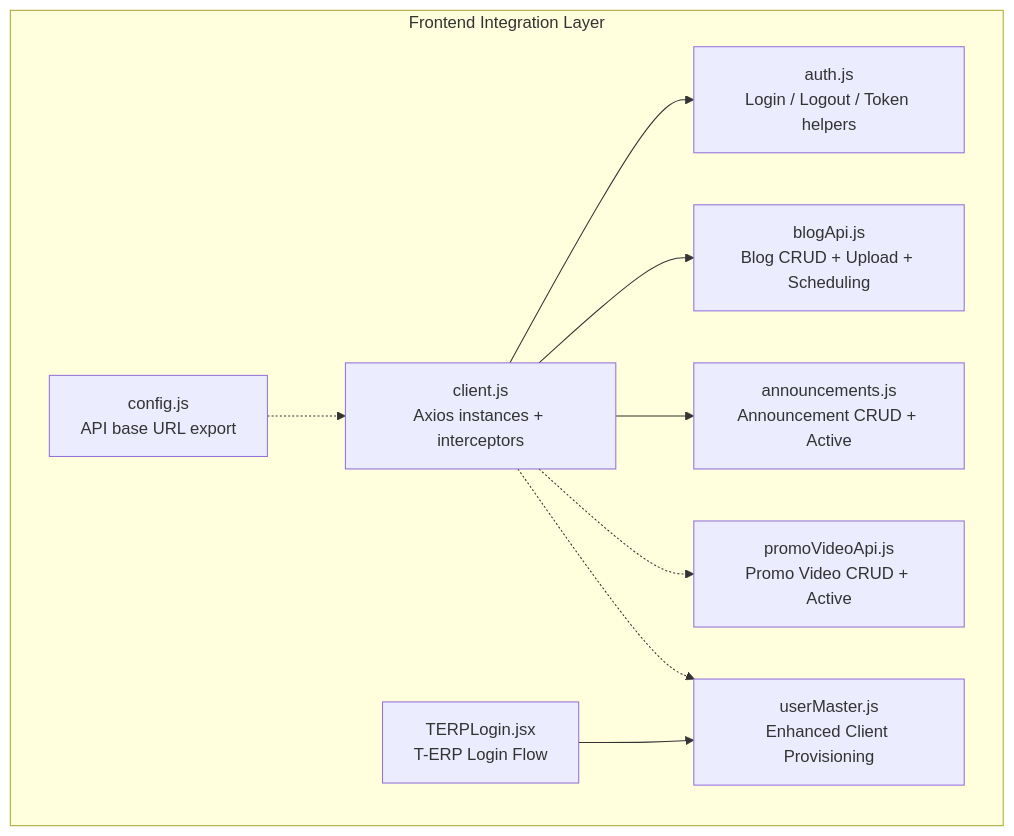
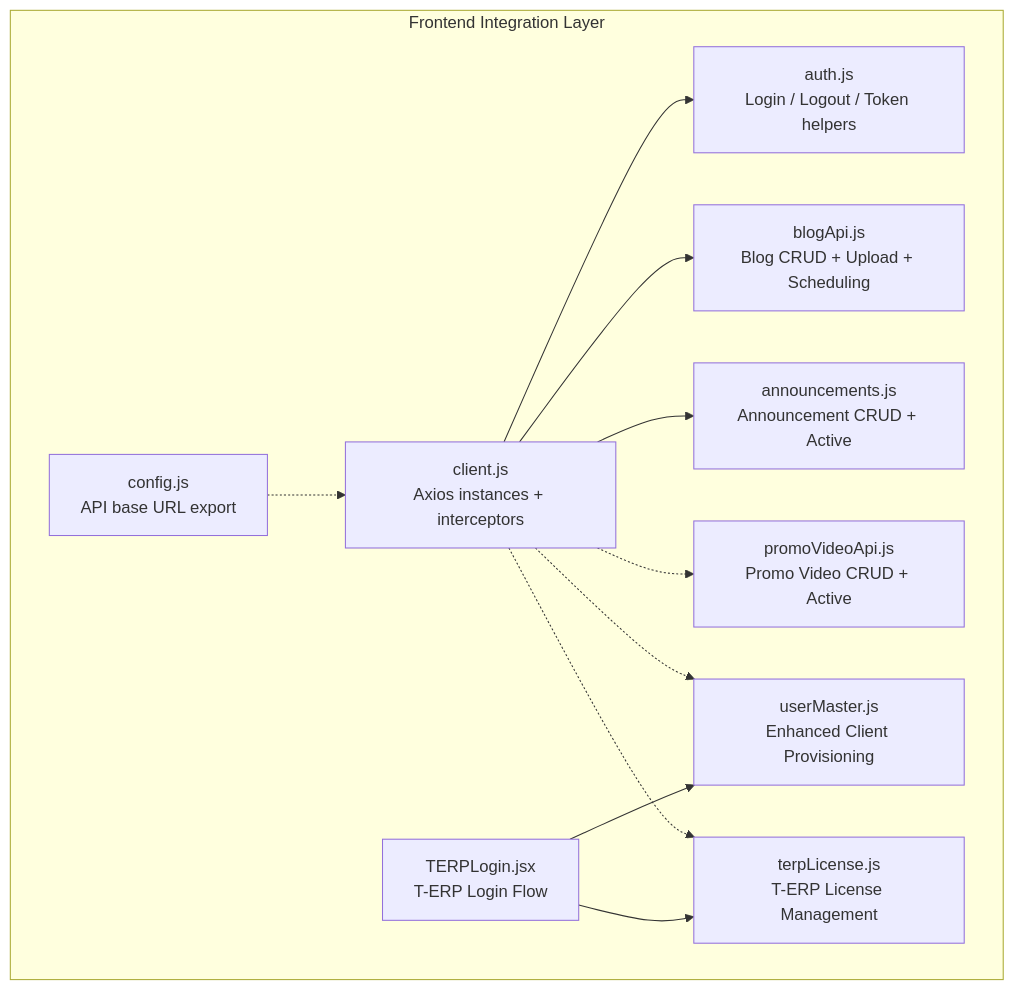
The first of 10 diagrams in .qoder/repowiki/en/content/API Integration Layer/API Integration Layer.md (imcbsglobal/TRELLISCO_ERP_FRONTEND), drawn with Mermaid before and after one commit. The commit also changed other lines of this file and 27 other files, not shown here.

````diff
--- a/.qoder/repowiki/en/content/API Integration Layer/API Integration Layer.md
+++ b/.qoder/repowiki/en/content/API Integration Layer/API Integration Layer.md
@@ -56,20 +58,23 @@
 ```mermaid
 graph TB
 subgraph "Frontend Integration Layer"
 Client["client.js<br/>Axios instances + interceptors"]
 Auth["auth.js<br/>Login / Logout / Token helpers"]
 Blog["blogApi.js<br/>Blog CRUD + Upload + Scheduling"]
 Ann["announcements.js<br/>Announcement CRUD + Active"]
 Promo["promoVideoApi.js<br/>Promo Video CRUD + Active"]
 UserMaster["userMaster.js<br/>Enhanced Client Provisioning"]
+TerpLicense["terpLicense.js<br/>T-ERP License Management"]
 TERPLogin["TERPLogin.jsx<br/>T-ERP Login Flow"]
 Config["config.js<br/>API base URL export"]
 end
 Client --> Auth
 Client --> Blog
 Client --> Ann
 Client -.-> Promo
 Client -.-> UserMaster
+Client -.-> TerpLicense
 TERPLogin --> UserMaster
+TERPLogin --> TerpLicense
 Config -.-> Client
 ```
````
